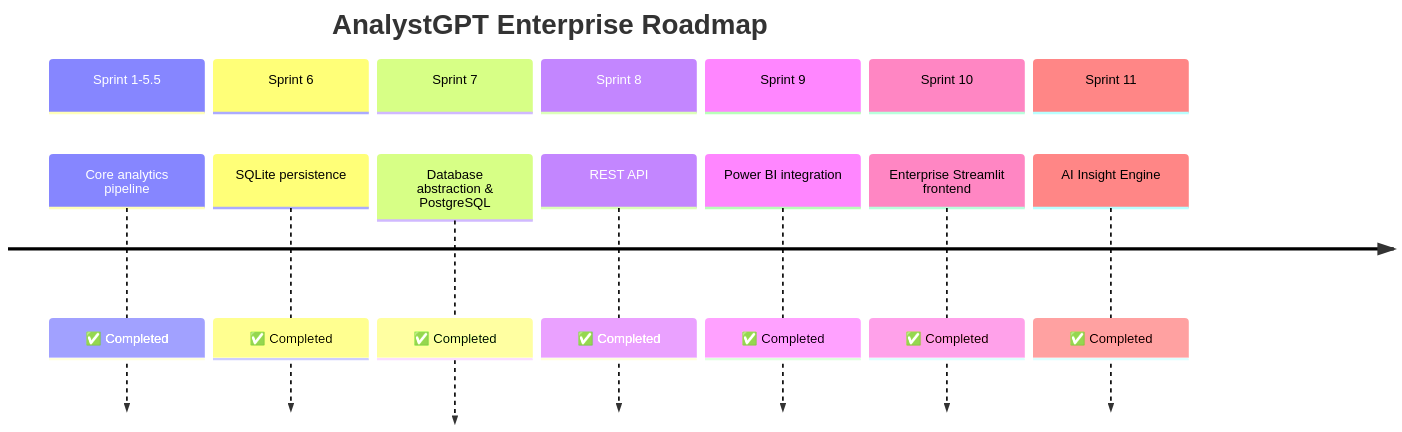
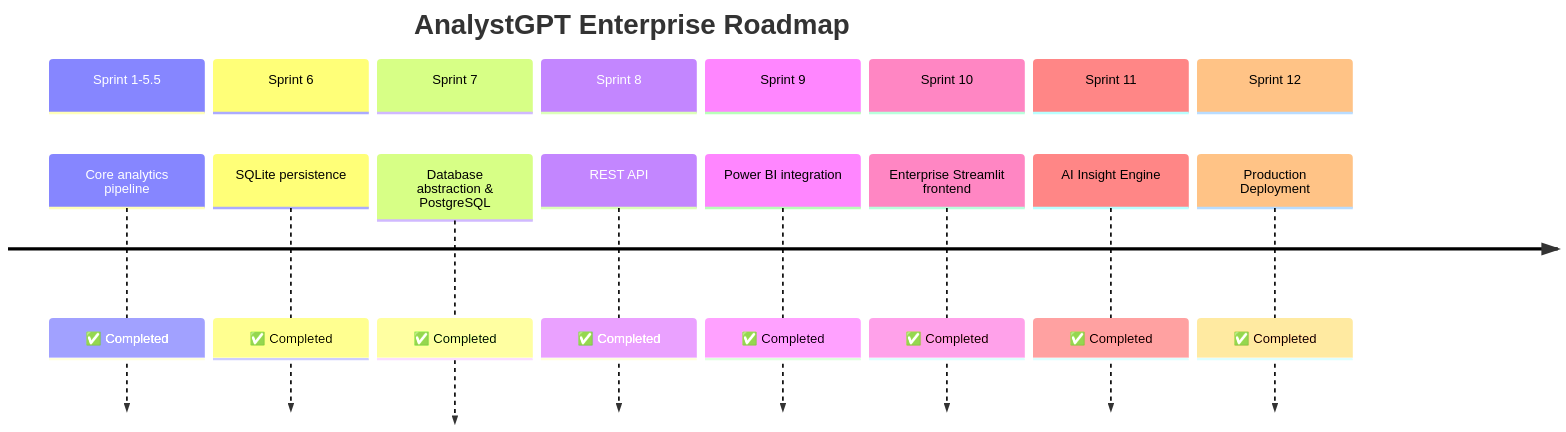
One commit to amaljosekichu66-sketch/AnalystGPT_Enterprise changed the third of 3 diagrams in README.md. Above: the diagram before and after it, drawn with Mermaid. The commit also changed other lines of this file and 27 other files, not shown here.

Commit message:
release: complete sprint 12 production deployment

````diff
--- a/README.md
+++ b/README.md
@@ -377,18 +378,20 @@
 ```mermaid
 timeline
     title AnalystGPT Enterprise Roadmap
     section Sprint 1-5.5
         Core analytics pipeline : ✅ Completed
     section Sprint 6
         SQLite persistence : ✅ Completed
     section Sprint 7
         Database abstraction & PostgreSQL : ✅ Completed
     section Sprint 8
         REST API : ✅ Completed
     section Sprint 9
         Power BI integration : ✅ Completed
     section Sprint 10
         Enterprise Streamlit frontend : ✅ Completed
     section Sprint 11
         AI Insight Engine : ✅ Completed
+    section Sprint 12
+        Production Deployment : ✅ Completed
 ```
````
